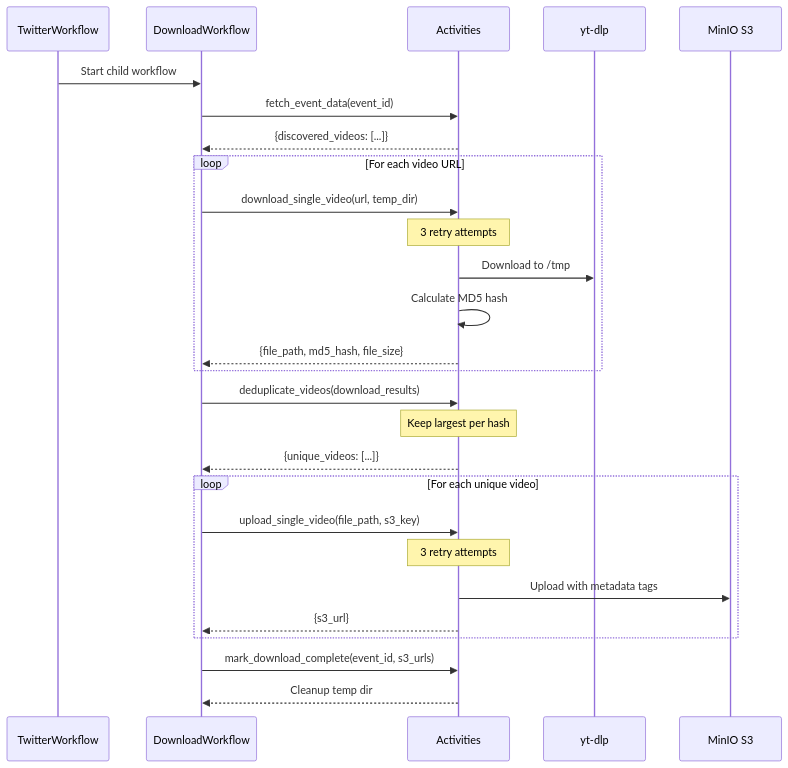
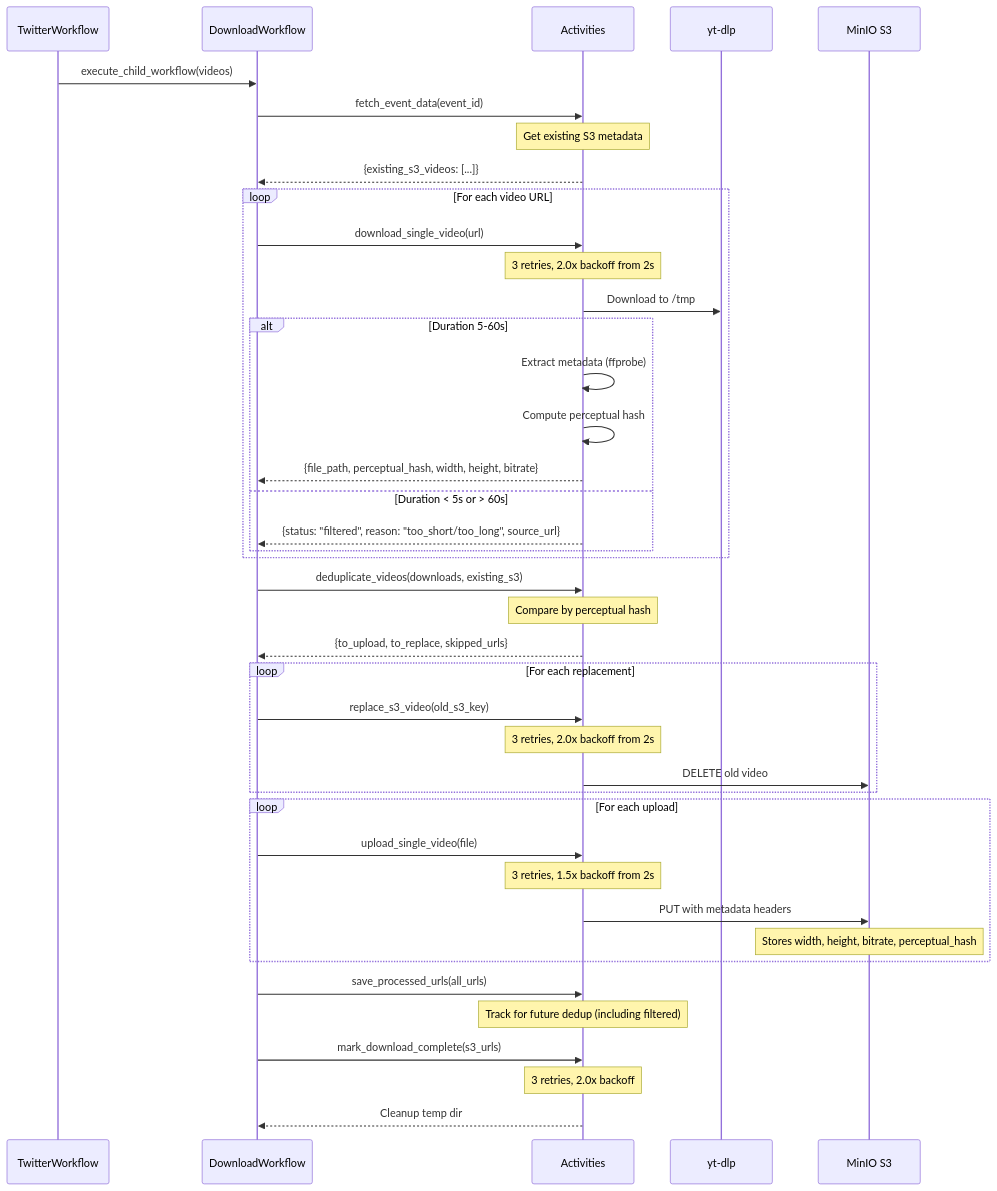
The sixth of 6 diagrams in TEMPORAL_WORKFLOWS.md (vedantadhobley/found-footy), drawn with Mermaid before and after one commit. The commit also changed other lines of this file and 19 other files, not shown here.

````diff
--- a/TEMPORAL_WORKFLOWS.md
+++ b/TEMPORAL_WORKFLOWS.md
@@ -285,35 +307,52 @@
 ```mermaid
 sequenceDiagram
     participant TW as TwitterWorkflow
     participant DW as DownloadWorkflow
     participant Act as Activities
     participant YT as yt-dlp
     participant S3 as MinIO S3
     
-    TW->>DW: Start child workflow
+    TW->>DW: execute_child_workflow(videos)
     
     DW->>Act: fetch_event_data(event_id)
-    Act-->>DW: {discovered_videos: [...]}
+    Note over Act: Get existing S3 metadata
+    Act-->>DW: {existing_s3_videos: [...]}
     
     loop For each video URL
-        DW->>Act: download_single_video(url, temp_dir)
-        Note over Act: 3 retry attempts
+        DW->>Act: download_single_video(url)
+        Note over Act: 3 retries, 2.0x backoff from 2s
         Act->>YT: Download to /tmp
-        Act->>Act: Calculate MD5 hash
-        Act-->>DW: {file_path, md5_hash, file_size}
+        
+        alt Duration 5-60s
+            Act->>Act: Extract metadata (ffprobe)
+            Act->>Act: Compute perceptual hash
+            Act-->>DW: {file_path, perceptual_hash, width, height, bitrate}
+        else Duration < 5s or > 60s
+            Act-->>DW: {status: "filtered", reason: "too_short/too_long", source_url}
+        end
     end
     
-    DW->>Act: deduplicate_videos(download_results)
-    Note over Act: Keep largest per hash
-    Act-->>DW: {unique_videos: [...]}
+    DW->>Act: deduplicate_videos(downloads, existing_s3)
+    Note over Act: Compare by perceptual hash
+    Act-->>DW: {to_upload, to_replace, skipped_urls}
     
-    loop For each unique video
-        DW->>Act: upload_single_video(file_path, s3_key)
-        Note over Act: 3 retry attempts
-        Act->>S3: Upload with metadata tags
-        Act-->>DW: {s3_url}
+    loop For each replacement
+        DW->>Act: replace_s3_video(old_s3_key)
+        Note over Act: 3 retries, 2.0x backoff from 2s
+        Act->>S3: DELETE old video
     end
     
-    DW->>Act: mark_download_complete(event_id, s3_urls)
+    loop For each upload
+        DW->>Act: upload_single_video(file)
+        Note over Act: 3 retries, 1.5x backoff from 2s
+        Act->>S3: PUT with metadata headers
+        Note over S3: Stores width, height, bitrate, perceptual_hash
+    end
+    
+    DW->>Act: save_processed_urls(all_urls)
+    Note over Act: Track for future dedup (including filtered)
+    
+    DW->>Act: mark_download_complete(s3_urls)
+    Note over Act: 3 retries, 2.0x backoff
     Act-->>DW: Cleanup temp dir
 ```
````
